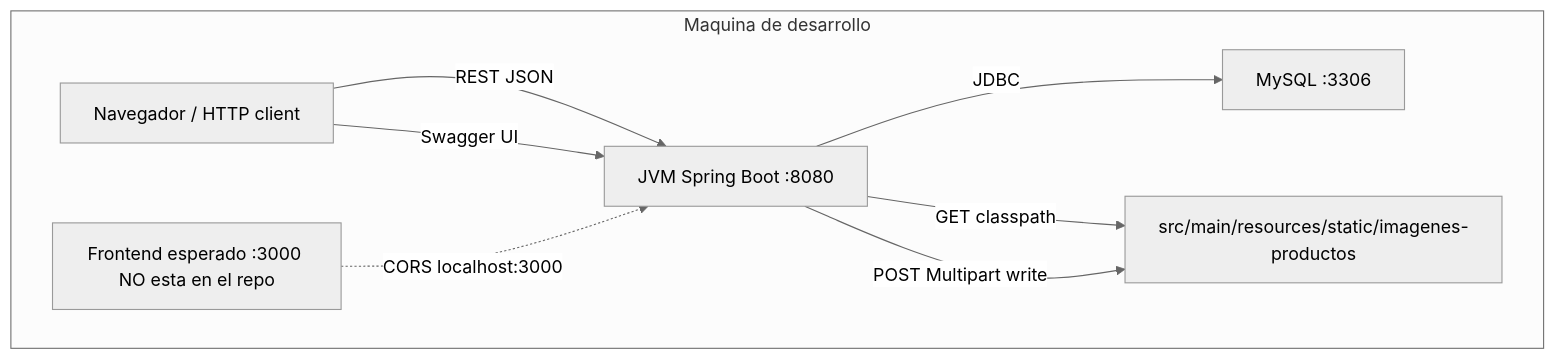
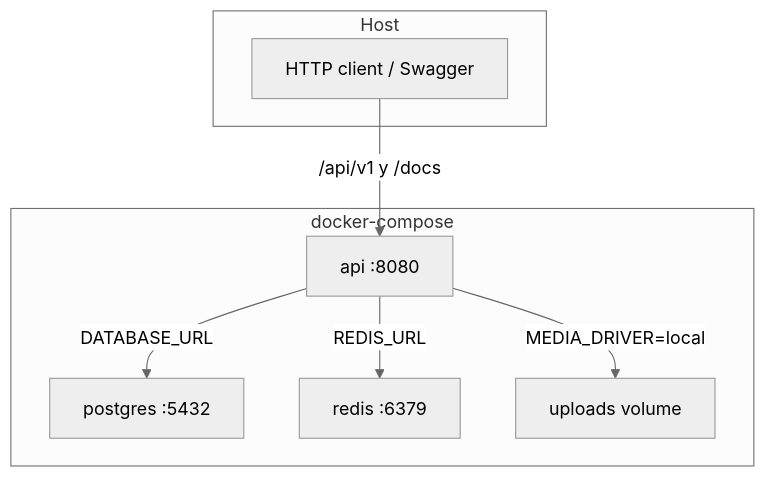
The first of 5 diagrams in docs/04-CONEXIONES.md (julianmeoficial/minimalecommerceapi), drawn with Mermaid (neutral theme) before and after one commit. The commit also changed other lines of this file and 19 other files, not shown here.

````diff
--- a/docs/04-CONEXIONES.md
+++ b/docs/04-CONEXIONES.md
@@ -7,17 +7,18 @@
 ```mermaid
 flowchart TB
-  subgraph host [Maquina de desarrollo]
-    Browser["Navegador / HTTP client"]
-    FE["Frontend esperado :3000 NO esta en el repo"]
-    JVM["JVM Spring Boot :8080"]
-    MySQL["MySQL :3306"]
-    SrcFiles["src/main/resources/static/imagenes-productos"]
+  subgraph host [Host]
+    Client["HTTP client / Swagger"]
   end
 
-  Browser -->|"REST JSON"| JVM
-  FE -.->|"CORS localhost:3000"| JVM
-  Browser -->|"Swagger UI"| JVM
-  JVM -->|"JDBC"| MySQL
-  JVM -->|"GET classpath"| SrcFiles
-  JVM -->|"POST Multipart write"| SrcFiles
+  subgraph compose [docker-compose]
+    API["api :8080"]
+    PG["postgres :5432"]
+    Redis["redis :6379"]
+    Vol["uploads volume"]
+  end
+
+  Client -->|"/api/v1 y /docs"| API
+  API -->|"DATABASE_URL"| PG
+  API -->|"REDIS_URL"| Redis
+  API -->|"MEDIA_DRIVER=local"| Vol
 ```
````
